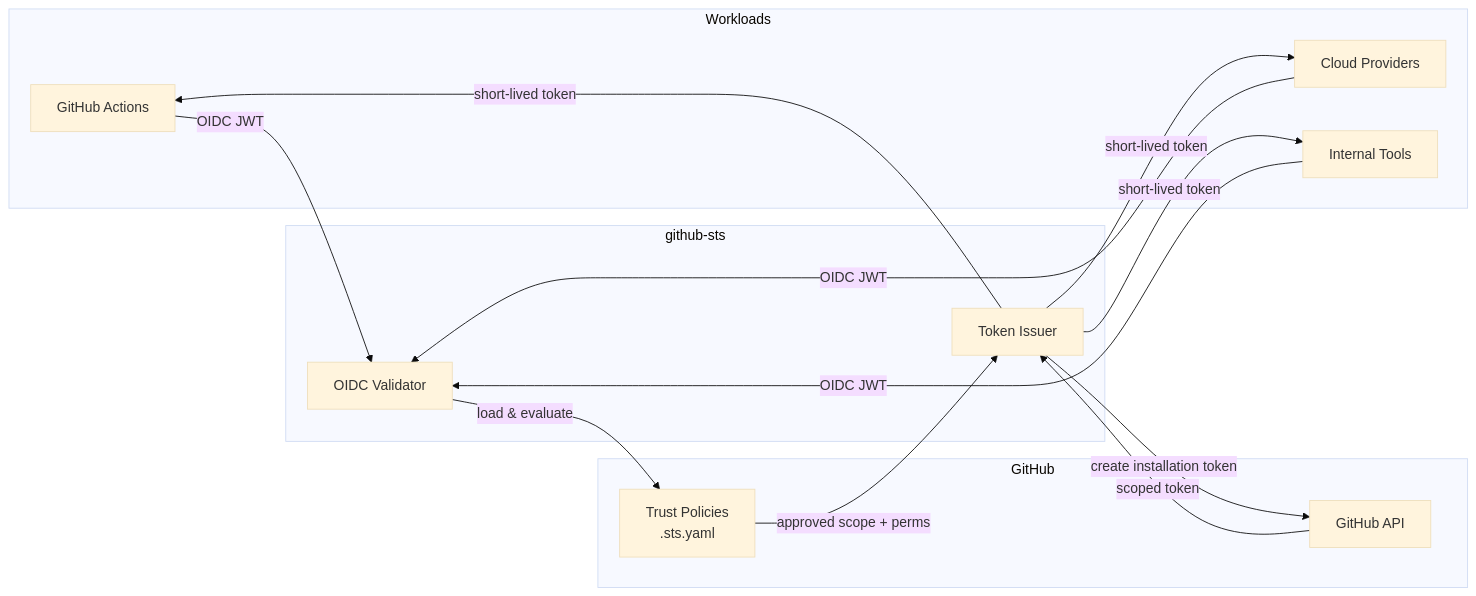
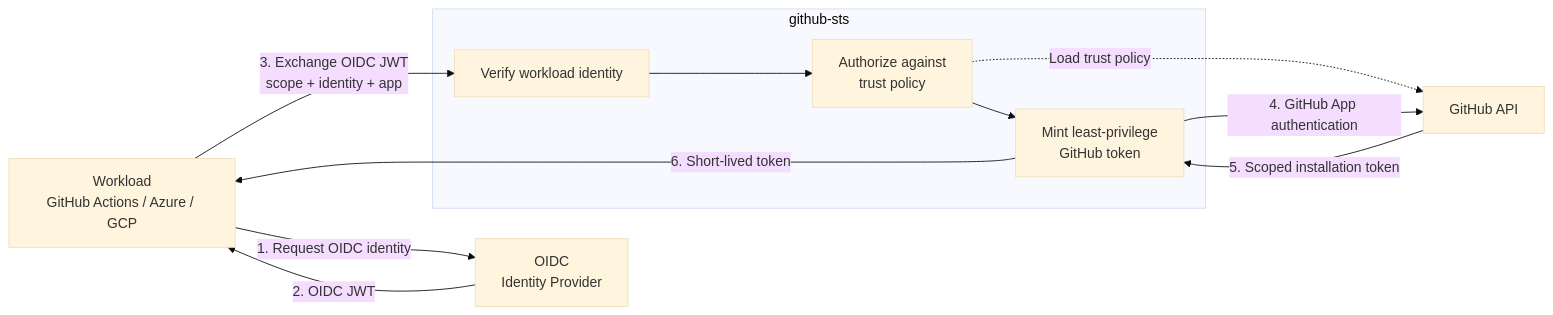
The diagram in README.md (Depthmark/github-sts), drawn with Mermaid (base theme) before and after one commit. The commit also changed other lines of this file and 70 other files, not shown here.

````diff
--- a/README.md
+++ b/README.md
@@ -62,29 +63,27 @@
 ```mermaid
 flowchart LR
-    subgraph Workloads
-        A["GitHub Actions"]
-        B["Cloud Providers"]
-        C["Internal Tools"]
+    W["Workload<br/>GitHub Actions / Azure / GCP"]
+
+    IDP["OIDC<br/>Identity Provider"]
+
+    subgraph STS["github-sts"]
+        V["Verify workload identity"]
+        A["Authorize against<br/>trust policy"]
+        M["Mint least-privilege<br/>GitHub token"]
+        V --> A --> M
     end
 
-    subgraph github-sts
-        D["OIDC Validator"]
-        F["Token Issuer"]
-    end
+    GH["GitHub API"]
 
-    subgraph GitHub
-        E["Trust Policies\n.sts.yaml"]
-        G["GitHub API"]
-    end
+    W -- "1. Request OIDC identity" --> IDP
+    IDP -- "2. OIDC JWT" --> W
 
-    A -- "OIDC JWT" --> D
-    B -- "OIDC JWT" --> D
-    C -- "OIDC JWT" --> D
-    D -- "load & evaluate" --> E
-    E -- "approved scope + perms" --> F
-    F -- "create installation token" --> G
-    G -- "scoped token" --> F
-    F -- "short-lived token" --> A
-    F -- "short-lived token" --> B
-    F -- "short-lived token" --> C
+    W -- "3. Exchange OIDC JWT<br/>scope + identity + app" --> V
+
+    A -. "Load trust policy" .-> GH
+
+    M -- "4. GitHub App authentication" --> GH
+    GH -- "5. Scoped installation token" --> M
+
+    M -- "6. Short-lived token" --> W
 ```
````
